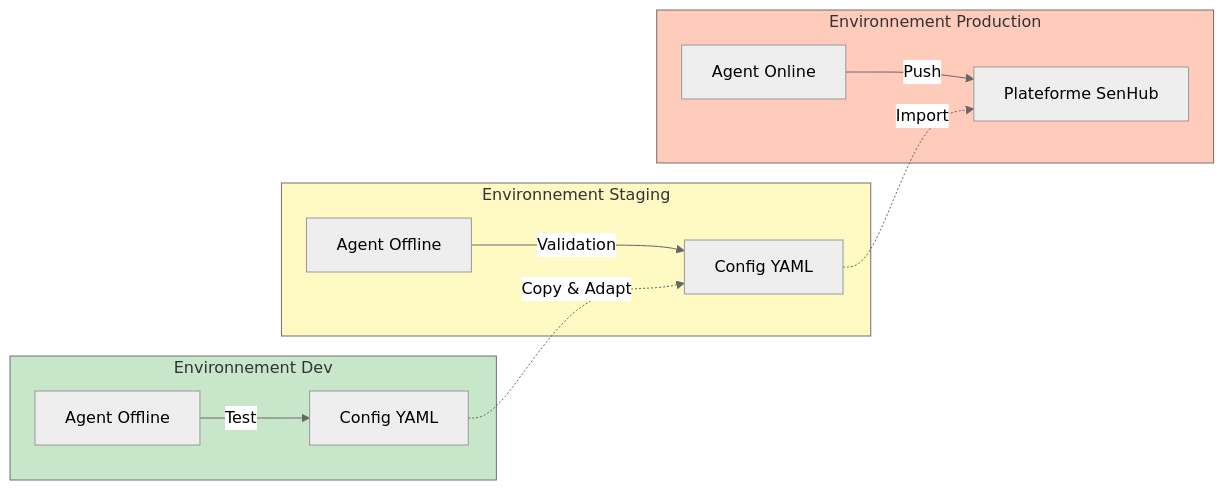
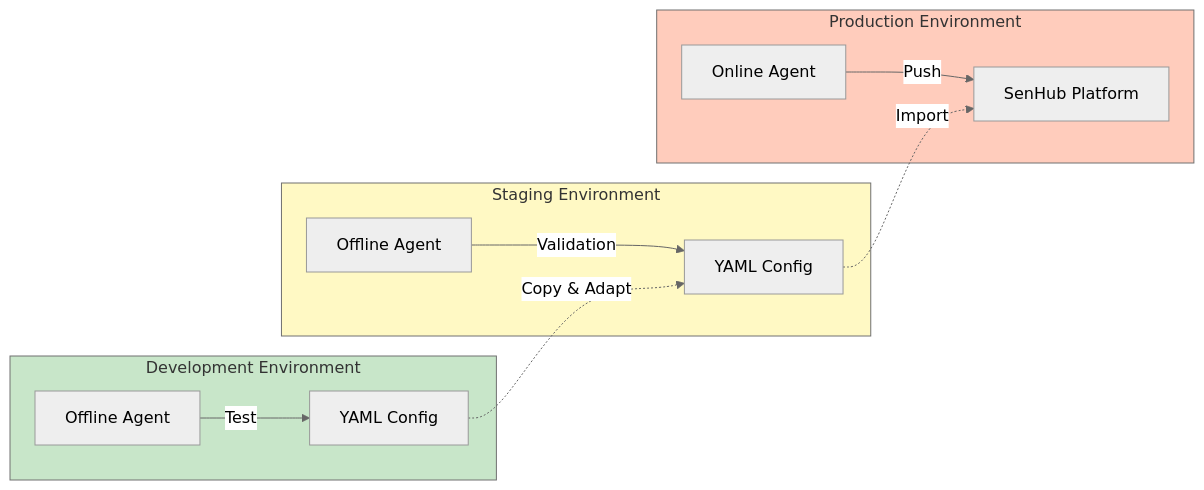
Before and after one commit to senhub-io/senhub-agent: the tenth of 13 diagrams in docs/user-guide/OPERATING-MODES.md, drawn with Mermaid (neutral theme). The commit also changed other lines of this file and 1 other file, not shown here.

````diff
--- a/docs/user-guide/OPERATING-MODES.md
+++ b/docs/user-guide/OPERATING-MODES.md
@@ -568,21 +568,21 @@
 ```mermaid
 graph LR
-    subgraph Dev ["Environnement Dev"]
-        D1[Agent Offline] -->|Test| D2[Config YAML]
+    subgraph Dev ["Development Environment"]
+        D1[Offline Agent] -->|Test| D2[YAML Config]
     end
 
-    subgraph Staging ["Environnement Staging"]
-        S1[Agent Offline] -->|Validation| S2[Config YAML]
+    subgraph Staging ["Staging Environment"]
+        S1[Offline Agent] -->|Validation| S2[YAML Config]
     end
 
-    subgraph Prod ["Environnement Production"]
-        P1[Agent Online] -->|Push| P2[Plateforme SenHub]
+    subgraph Prod ["Production Environment"]
+        P1[Online Agent] -->|Push| P2[SenHub Platform]
     end
 
     D2 -.->|Copy & Adapt| S2
     S2 -.->|Import| P2
 
     style Dev fill:#c8e6c9
     style Staging fill:#fff9c4
     style Prod fill:#ffccbc
 ```
````
